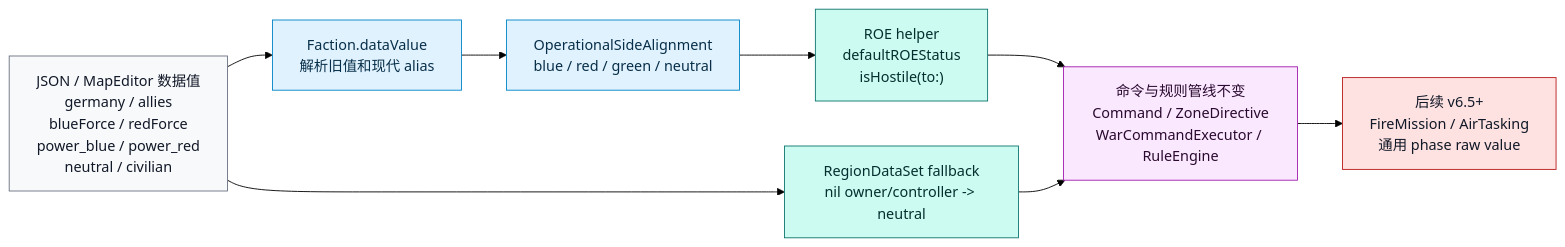
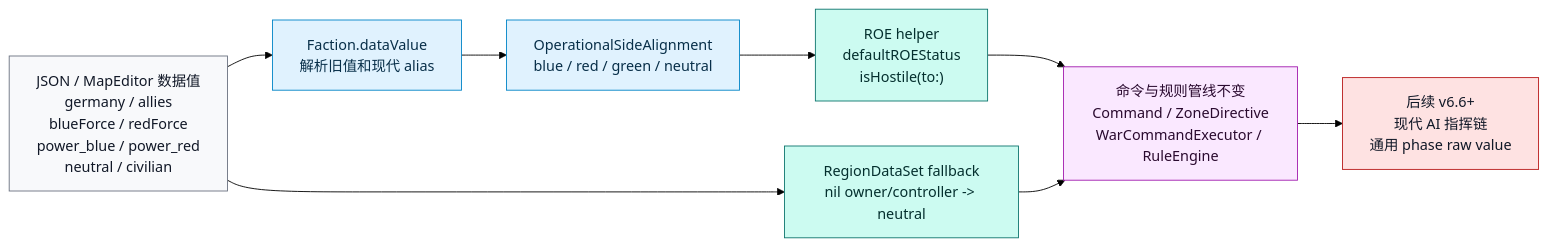
One commit to Altman-sam114/127 changed the third of 15 diagrams in md/flow/flowchart.md. Above: the diagram before and after it, drawn with Mermaid (forest theme). The commit also changed other lines of this file and 17 other files, not shown here.

````diff
--- a/md/flow/flowchart.md
+++ b/md/flow/flowchart.md
@@ -90,20 +90,20 @@
 ```mermaid
 flowchart LR
     DATA["JSON / MapEditor 数据值<br/>germany / allies<br/>blueForce / redForce<br/>power_blue / power_red<br/>neutral / civilian"]:::data
     FACTION["Faction.dataValue<br/>解析旧值和现代 alias"]:::state
     ALIGN["OperationalSideAlignment<br/>blue / red / green / neutral"]:::state
     ROE["ROE helper<br/>defaultROEStatus<br/>isHostile(to:)"]:::rules
     REGION["RegionDataSet fallback<br/>nil owner/controller -> neutral"]:::rules
     PIPE["命令与规则管线不变<br/>Command / ZoneDirective<br/>WarCommandExecutor / RuleEngine"]:::command
-    TODO["后续 v6.5+<br/>FireMission / AirTasking<br/>通用 phase raw value"]:::risk
+    TODO["后续 v6.6+<br/>现代 AI 指挥链<br/>通用 phase raw value"]:::risk
 
     DATA --> FACTION --> ALIGN --> ROE --> PIPE
     DATA --> REGION --> PIPE
     PIPE --> TODO
 
     classDef data fill:#f8f9fb,stroke:#6b7280,color:#111827
     classDef state fill:#e0f2fe,stroke:#0284c7,color:#082f49
     classDef rules fill:#ccfbf1,stroke:#0f766e,color:#042f2e
     classDef command fill:#fae8ff,stroke:#a21caf,color:#2a0a2f
     classDef risk fill:#fee2e2,stroke:#b91c1c,color:#111827
 ```
````
